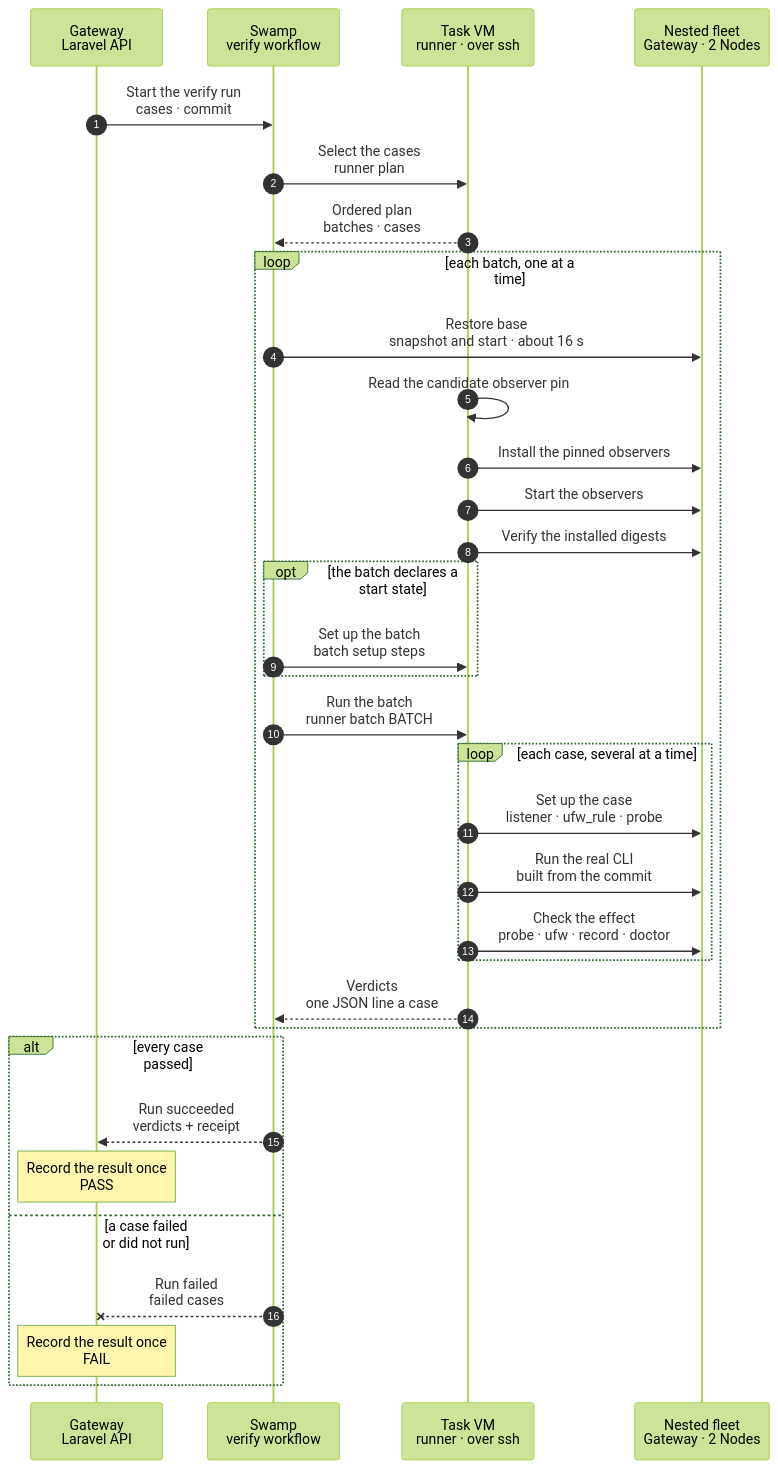
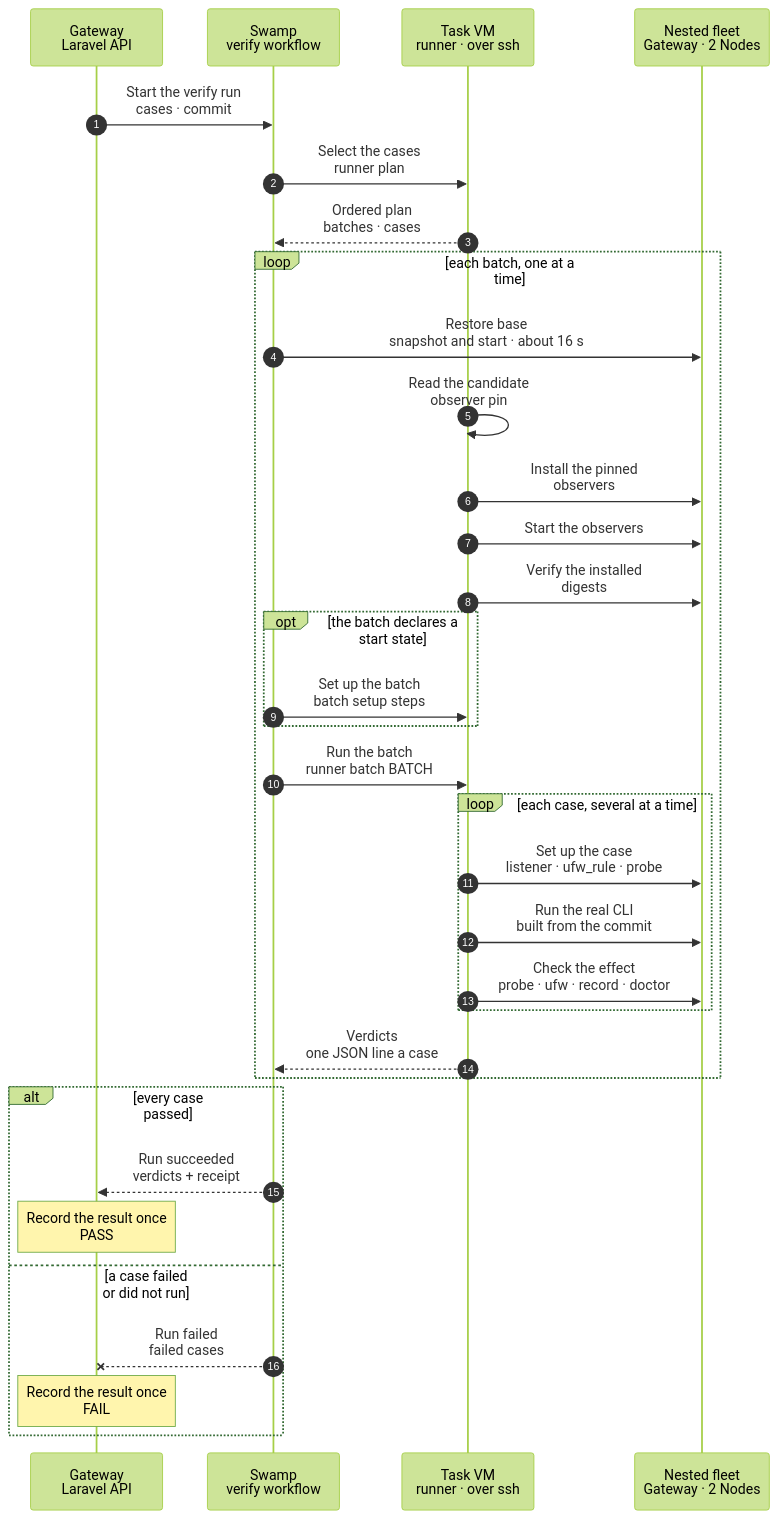
The diagram in docs/reference/pipeline/3-proof-runner.mmd (hardimpactdev/orbit), drawn with Mermaid (forest theme) before and after one commit.

Commit message:
docs(proof): fit observer preparation labels to the chart

```diff
--- a/docs/reference/pipeline/3-proof-runner.mmd
+++ b/docs/reference/pipeline/3-proof-runner.mmd
@@ -1,81 +1,81 @@
 sequenceDiagram
   %% Target design: the proof runner inside stage 3 of the command development pipeline (design: reference/verification-cases). One shared runner executes the cases of one command; each batch restores the task's base snapshot once, cases use their own resources and undo nothing, the cases of a batch run in one step, several at a time on different Nodes; a case is a specification built from a fixed set of steps. Orbit's own Swamp runs the runner over SSH in the task VM, as part of the "Run the proof" child of proof:run. The Gateway only admits the request and records the verdicts.
   %% status: draft
   %% command: development pipeline stage 3 · proof runner
   %% kind: pipeline.3-proof-runner
   autonumber
   %% lane GW icon=gateway pill=intent tone=blue
   %% lane SW icon=workflow pill=executes tone=green
   %% lane VM icon=server pill=target tone=purple
   %% lane NT icon=server pill=fleet tone=amber
   participant GW as Gateway<br/>Laravel API
   participant SW as Swamp<br/>verify workflow
   participant VM as Task VM<br/>runner · over ssh
   participant NT as Nested fleet<br/>Gateway · 2 Nodes
   GW->>SW: Start the verify run<br/>cases · commit
   %%> Inputs:
   %%> - the commit and the one command whose cases run; in CI, `proof:run` proves each affected command separately
   %%> Why:
   %%> - the Gateway only authorizes; Swamp owns the run and its state
   SW->>VM: Select the cases<br/>runner plan
   %%> What it does:
   %%> - reads the command's cases file at the tested commit
   %%> - refuses a case with an unknown step, an unknown chart path or no batch
   %%> - lists the chart paths, options and codes that no case covers
   %%> - groups the cases by batch, in the order of `swamp/proof/batches.yaml`; inside a batch, in file order
   %%> - `runner plan --lines` prints one line a batch, `BATCH SETUP CASE...`, which the workflow reads; the workflow `proof-fleet-verify` is built
   VM-->>SW: Ordered plan<br/>batches · cases
   loop each batch, one at a time
     SW->>NT: Restore base<br/>snapshot and start · about 16 s
     %%> What it does:
     %%> - restores the task's plain snapshot `base` of the three nested containers (a reboot); skipped when the fleet is still at `base`, as for the first batch
     %%> - a restore that fails or is not healthy within 45 s stops the run; the cases that did not run become `unrun` with cause `infrastructure`
     %%> - built, not yet passed live: the step is the workflow `proof-fleet-restore` (restore, start, boot wait, readiness, apply the checkout), which `proof-fleet-verify-batch` calls; 0 of 2 runs succeeded by 2026-11-06; the old `runner restore` was removed
-    VM->>VM: Read the candidate observer pin
+    VM->>VM: Read the candidate<br/>observer pin
     %%> Reads linux-x86_64 from the candidate's frozen-manifest.json, never the seed's installed version.
-    VM->>NT: Install the pinned observers
+    VM->>NT: Install the pinned<br/>observers
     %%> Ansible uses the normal Node convergence's SHA-256-verified atomic replacement task on all three nested Nodes. Matching binaries stay in place.
     VM->>NT: Start the observers
     %%> Restarts a changed binary; starts an inactive observer. Existing Node identity and configuration stay in place.
-    VM->>NT: Verify the installed digests
+    VM->>NT: Verify the installed<br/>digests
     %%> A download, checksum, service or digest failure stops discovery and cases as infrastructure. Repeat after every restore; never save a new base snapshot.
     opt the batch declares a start state
       SW->>VM: Set up the batch<br/>batch setup steps
       %%> What it does:
       %%> - runs the setup steps of the batch, such as extra addresses on the Nodes
     end
     SW->>VM: Run the batch<br/>runner batch BATCH
     %%> What it does:
     %%> - one Swamp step runs every case of the batch; the runner reads the fleet once
     %%> - the cases that share the fleet run several at a time (the `parallel` key of the cases file, 4 by default), never two on one Node: each case acts on one Node of the cases file's `spread`, and the Gateway lets one firewall write run on a Node at a time
     %%> - the cases that change or compare what every case shares (the Operation list, a fault, a held lock) run alone, after the others
     %%> - no restore after a failed case: cases use their own resources, undo nothing, and the next batch restores anyway
     %%> Result:
     %%> - one verdict line a case, those that did not pass first; the full receipt of each stays in the evidence directory
     loop each case, several at a time
       VM->>NT: Set up the case<br/>listener · ufw_rule · probe
       %%> What it does:
       %%> - builds the starting state, then probes it, for example a blocked port and a working control port
       %%> - a bound firewall anchor matches the current case's tuple and comment for the same protocol, so a repeated comment from an earlier case or another protocol cannot select its rule
       %%> When:
       %%> - a failed setup step ends the case as `unrun`; it is not a pass
       VM->>NT: Run the real CLI<br/>built from the commit
       %%> What it does:
       %%> - the `act` steps call the command through its real interface and check exit status, result code and skip reason
       VM->>NT: Check the effect<br/>probe · ufw · record · doctor
       %%> What it does:
       %%> - the `expect` steps check traffic, rule order, the Gateway record and Doctor
       %%> - every step runs, so one verdict lists all failures
     end
     VM-->>SW: Verdicts<br/>one JSON line a case
     %%> Returns:
     %%> - the case id, `passed`, `failed` (cause `assertion` or `infrastructure`) or `unrun` (cause `precondition`), the failed checks and the seconds
     %%> - Swamp cuts a step's output at 4096 bytes: the runner prints the lines that did not pass first, and counts the lines it had to leave out; a case without a line is reported as having printed no verdict
   end
   alt every case passed
     SW-->>GW: Run succeeded<br/>verdicts + receipt
     Note over GW: Record the result once<br/>PASS
   else a case failed or did not run
     SW--xGW: Run failed<br/>failed cases
     Note over GW: Record the result once<br/>FAIL
   end
```
